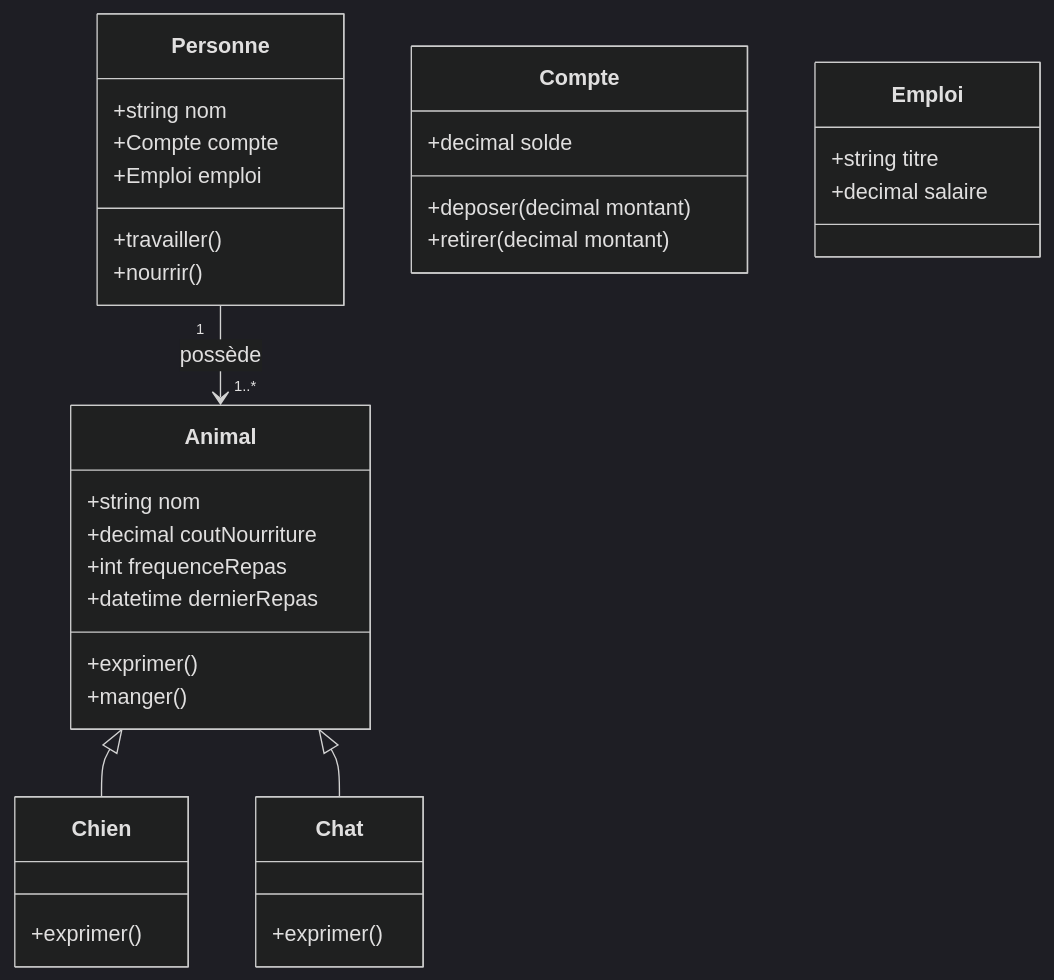
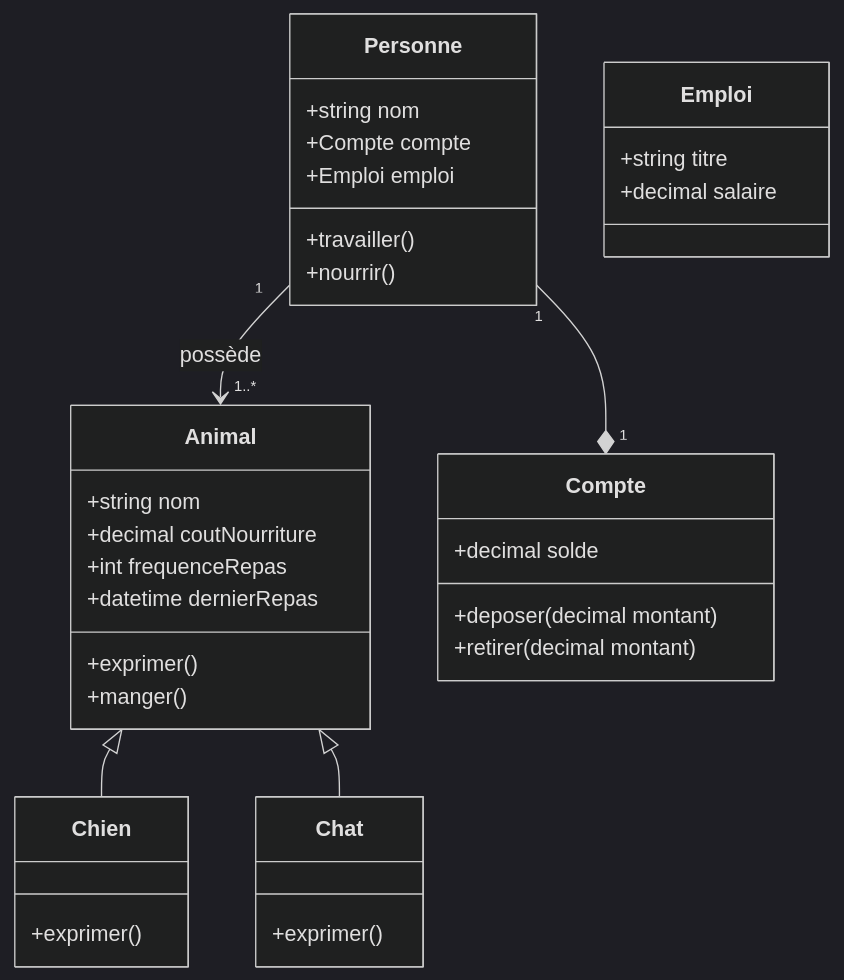
Before and after one commit to FrancoLeme/WIN_BobCity-S3-S4-: the diagram in Diagramme.mmd, drawn with Mermaid (dark theme).

```diff
--- a/Diagramme.mmd
+++ b/Diagramme.mmd
@@ -1,47 +1,48 @@
 classDiagram
     Animal <|-- Chien
     Animal <|-- Chat
     Personne "1" --> "1..*" Animal : possède
+    Personne "1" --* "1" Compte
 
 
 
     class Animal{
         +string nom
         +decimal coutNourriture
         +int frequenceRepas
         +datetime dernierRepas
 
         +exprimer()
         +manger()
     }
 
     class Chien{
         +exprimer()
     }
 
     class Chat{
         +exprimer()
     }
 
     class Personne{
         +string nom
         +Compte compte
         +Emploi emploi
 
         +travailler()
         +nourrir()
     }
 
     class Compte{
         +decimal solde
 
         +deposer(decimal montant)
         +retirer(decimal montant)
     }
 
     class Emploi{
         +string titre
         +decimal salaire
 
 
     }
```
